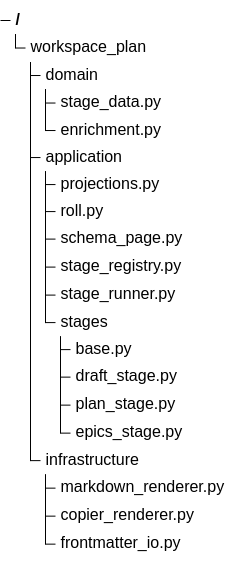
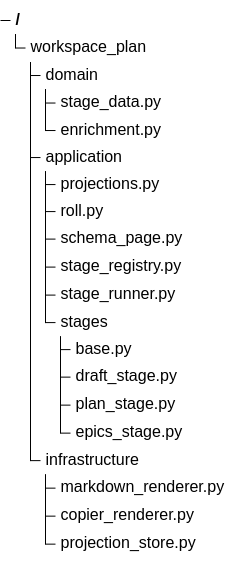
The third of 3 diagrams in .enclosure/plans/planning-workflow/epics/projected-documents/SCHEMAS.md (9orky/enclosure), drawn with Mermaid before and after one commit. The commit also changed other lines of this file and 18 other files, not shown here.

````diff
--- a/.enclosure/plans/planning-workflow/epics/projected-documents/SCHEMAS.md
+++ b/.enclosure/plans/planning-workflow/epics/projected-documents/SCHEMAS.md
@@ -243,24 +217,24 @@
 ```mermaid
 %% contract: files
 %%{init: {"theme": "base", "themeVariables": {"labelColor": "#172033", "lineColor": "#64748b"}}}%%
 treeView-beta
   "workspace_plan"
     "domain"
       "stage_data.py"
       "enrichment.py"
     "application"
       "projections.py"
       "roll.py"
       "schema_page.py"
       "stage_registry.py"
       "stage_runner.py"
       "stages"
         "base.py"
         "draft_stage.py"
         "plan_stage.py"
         "epics_stage.py"
     "infrastructure"
       "markdown_renderer.py"
       "copier_renderer.py"
-      "frontmatter_io.py"
+      "projection_store.py"
 ```
````
